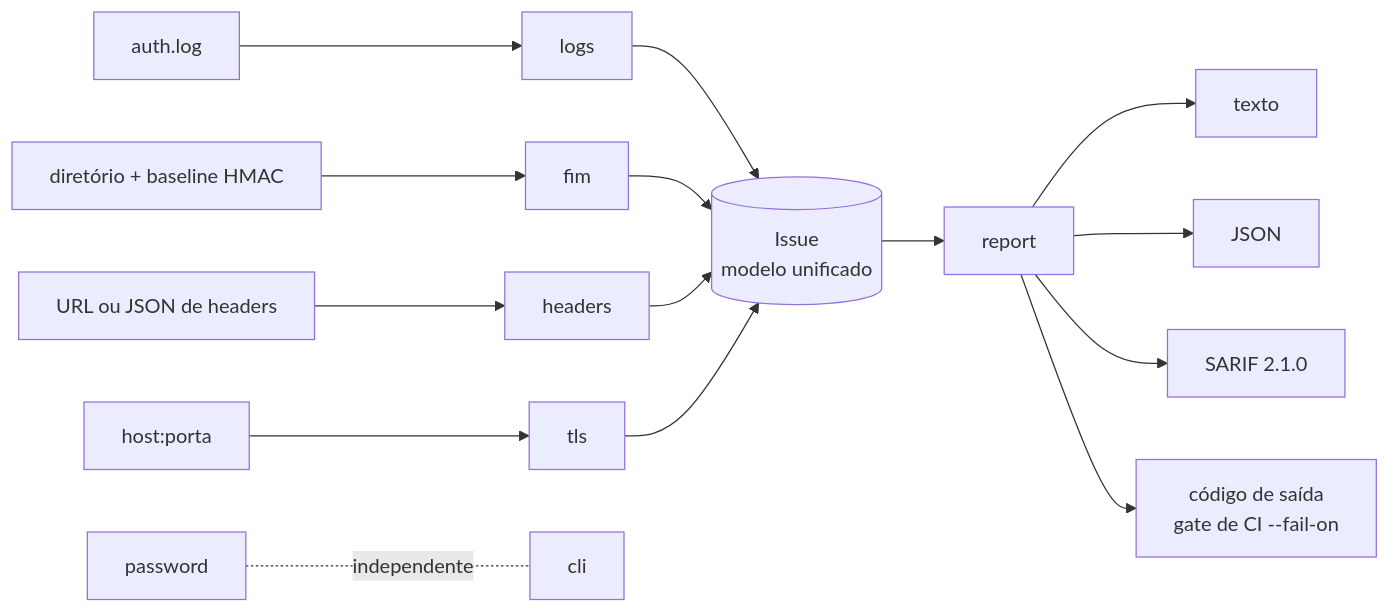
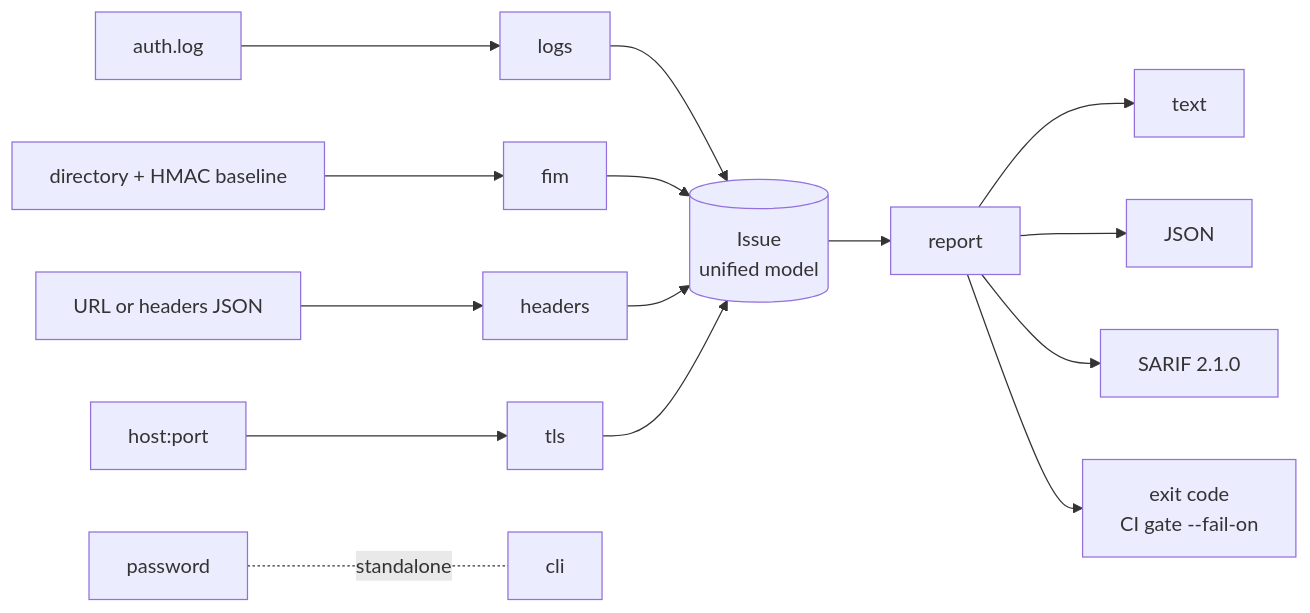
Before and after one commit to faul0010111/secfund_: the diagram in README.md, drawn with Mermaid. The commit also changed other lines of this file and 4 other files, not shown here.

````diff
--- a/README.md
+++ b/README.md
@@ -22,17 +22,17 @@
 ```mermaid
 flowchart LR
     A[auth.log] --> L[logs]
-    B[diretório + baseline HMAC] --> F[fim]
-    C[URL ou JSON de headers] --> H[headers]
-    D[host:porta] --> T[tls]
-    L --> I[(Issue<br/>modelo unificado)]
+    B[directory + HMAC baseline] --> F[fim]
+    C[URL or headers JSON] --> H[headers]
+    D[host:port] --> T[tls]
+    L --> I[(Issue<br/>unified model)]
     F --> I
     H --> I
     T --> I
     I --> R[report]
-    R --> X1[texto]
+    R --> X1[text]
     R --> X2[JSON]
     R --> X3[SARIF 2.1.0]
-    R --> E[código de saída<br/>gate de CI --fail-on]
-    P[password] -. independente .- CLI[cli]
+    R --> E[exit code<br/>CI gate --fail-on]
+    P[password] -. standalone .- CLI[cli]
 ```
````
